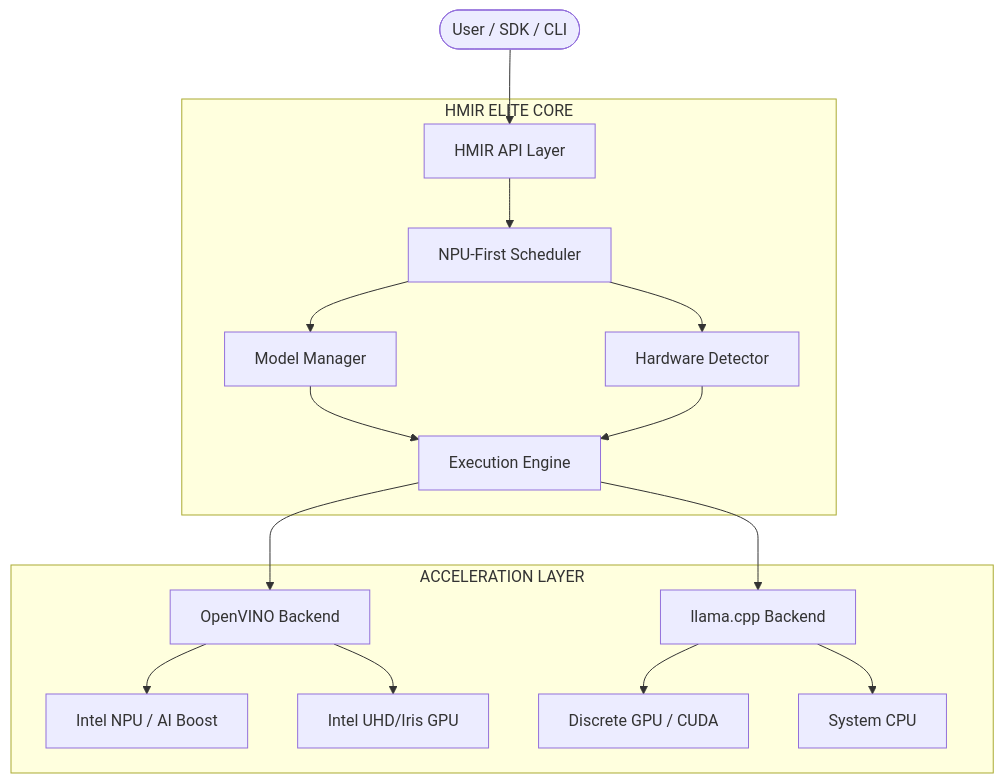
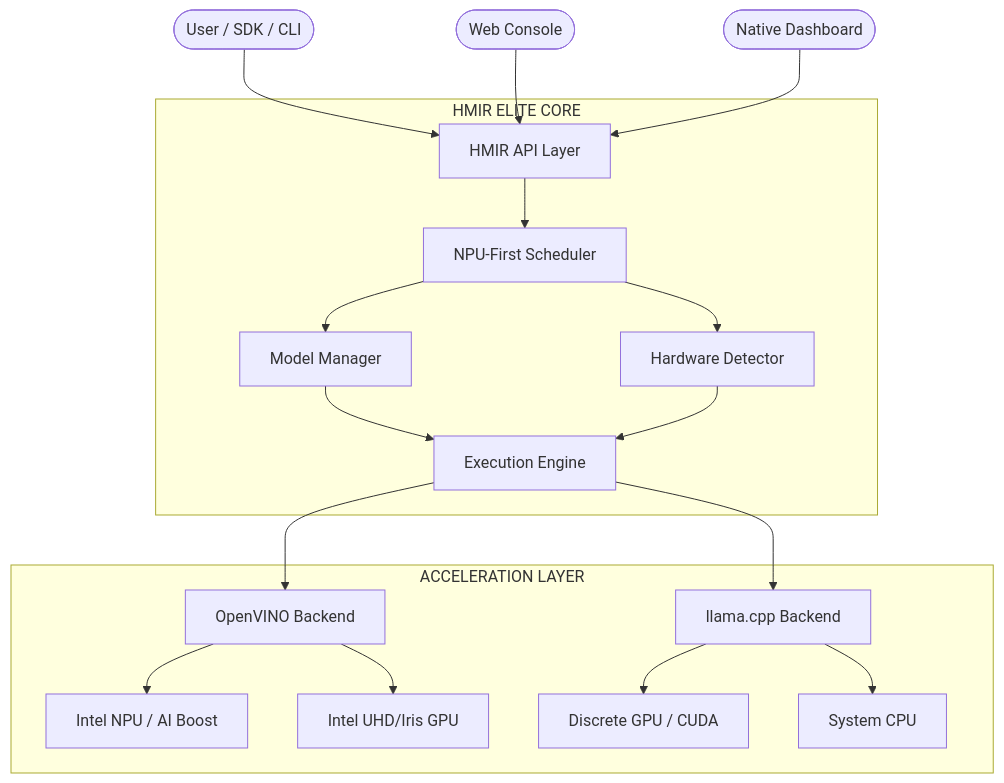
The diagram in README.md (bhattkunalb/HMIR), drawn with Mermaid before and after one commit. The commit also changed other lines of this file and 15 other files, not shown here.

````diff
--- a/README.md
+++ b/README.md
@@ -87,19 +108,21 @@
 ```mermaid
 graph TD
     User([User / SDK / CLI]) --> API[HMIR API Layer]
+    Browser([Web Console]) --> API
+    Dashboard([Native Dashboard]) --> API
     subgraph Core ["HMIR ELITE CORE"]
         API --> Sched[NPU-First Scheduler]
         Sched --> MM[Model Manager]
         Sched --> Det[Hardware Detector]
         MM --> Engine[Execution Engine]
         Det --> Engine
     end
     subgraph Backends ["ACCELERATION LAYER"]
         Engine --> OV[OpenVINO Backend]
         Engine --> LCPP[llama.cpp Backend]
         OV --> NPU[Intel NPU / AI Boost]
         OV --> iGPU[Intel UHD/Iris GPU]
         LCPP --> dGPU[Discrete GPU / CUDA]
         LCPP --> CPU[System CPU]
     end
 ```
````
